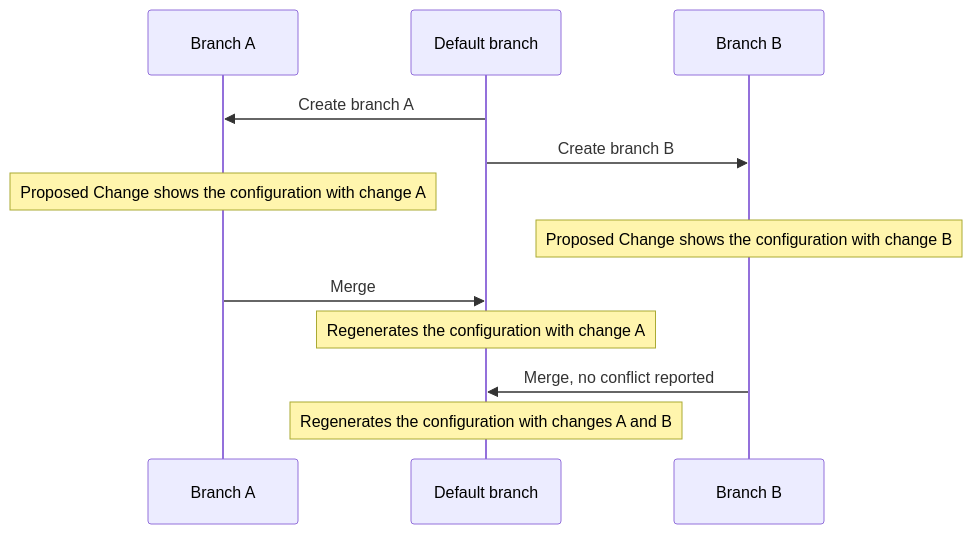
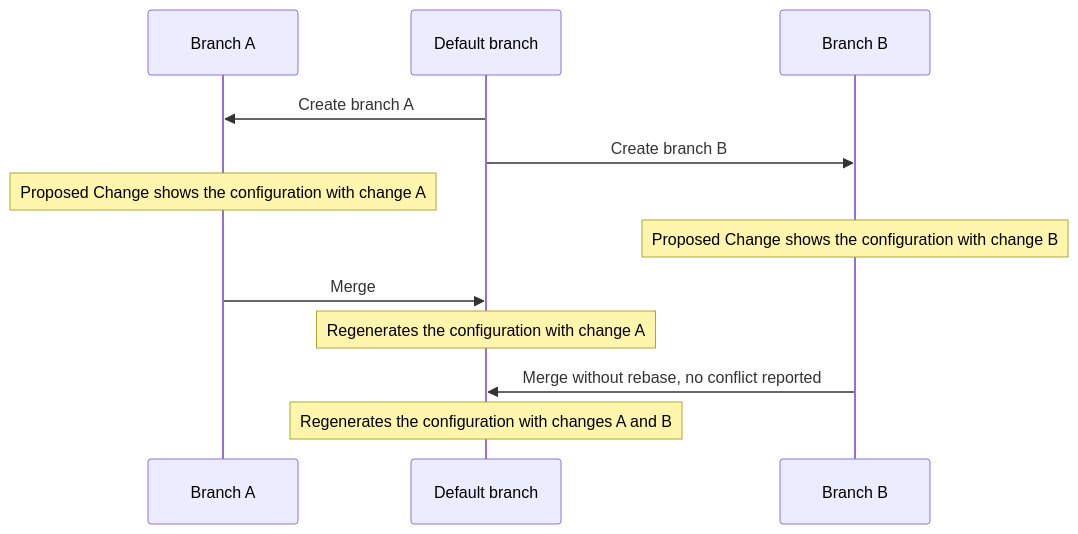
Before and after one commit to opsmill/infrahub: the diagram in docs/docs/artifacts/overview.mdx, drawn with Mermaid. The commit also changed other lines of this file, not shown here.

First line of the commit message:
docs: correct post-merge artifact docs after second review

````diff
--- a/docs/docs/artifacts/overview.mdx
+++ b/docs/docs/artifacts/overview.mdx
@@ -143,14 +143,14 @@
 ```mermaid
 sequenceDiagram
   participant A as Branch A
   participant D as Default branch
   participant B as Branch B
   D->>A: Create branch A
   D->>B: Create branch B
   Note over A: Proposed Change shows the configuration with change A
   Note over B: Proposed Change shows the configuration with change B
   A->>D: Merge
   Note over D: Regenerates the configuration with change A
-  B->>D: Merge, no conflict reported
+  B->>D: Merge without rebase, no conflict reported
   Note over D: Regenerates the configuration with changes A and B
 ```
````
